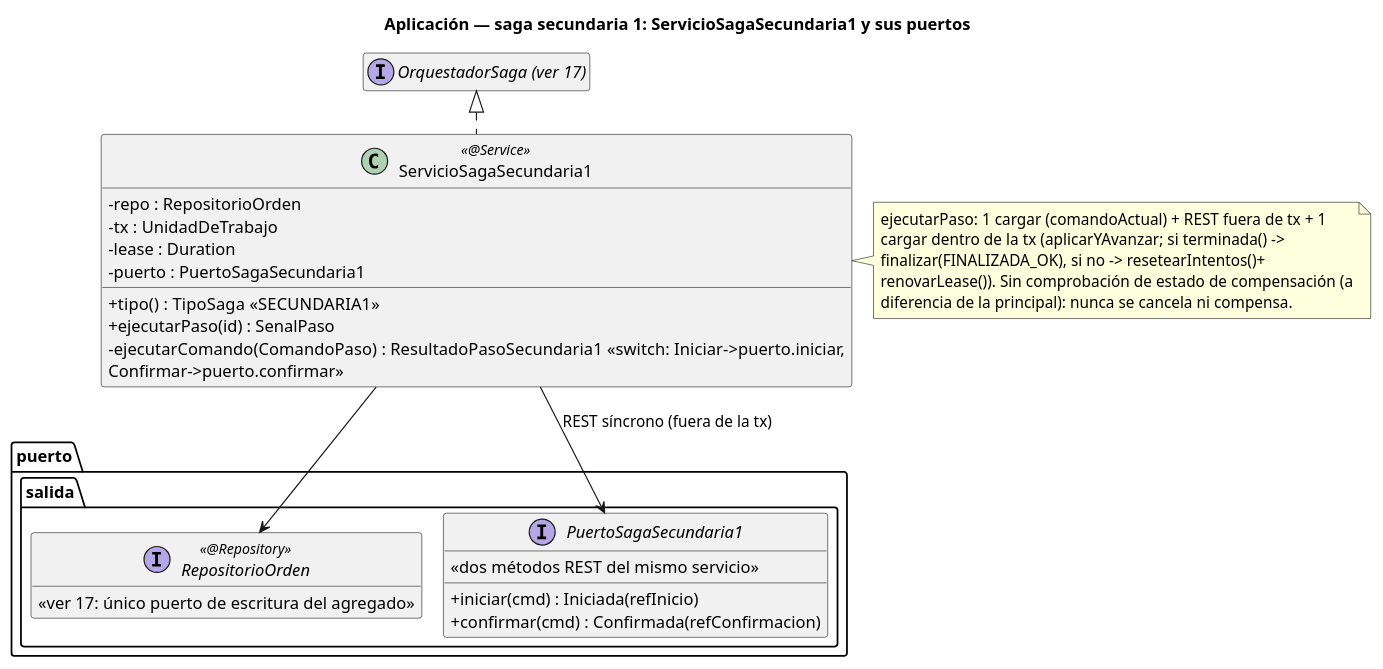
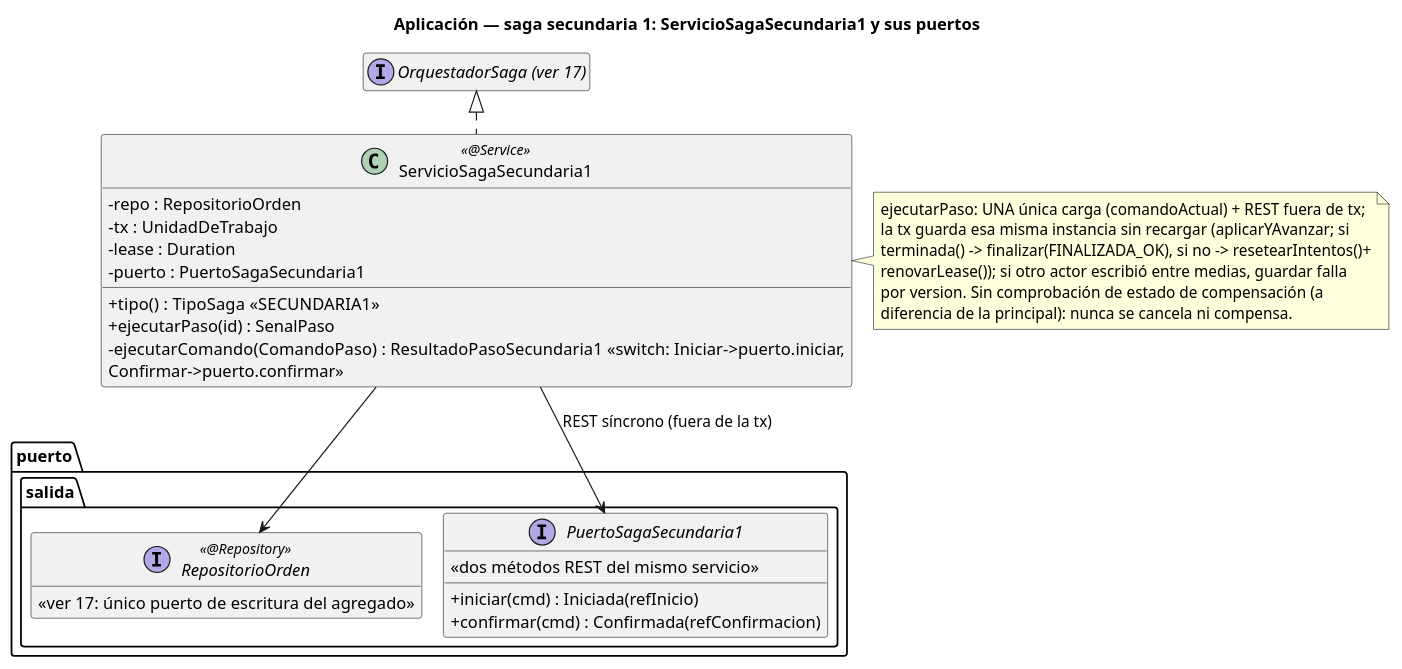
The diagram in order-manager/docs/19-clases-aplicacion-saga-secundaria1.puml (ralcazar/patrones), drawn with PlantUML before and after one commit. The commit also changed 27 other files, not shown here.

First line of the commit message:
Takeover seguro real: una única carga por paso, sin recarga dentro de la tx

```diff
--- a/order-manager/docs/19-clases-aplicacion-saga-secundaria1.puml
+++ b/order-manager/docs/19-clases-aplicacion-saga-secundaria1.puml
@@ -1,40 +1,41 @@
 @startuml 19-clases-aplicacion-saga-secundaria1
 title Aplicación — saga secundaria 1: ServicioSagaSecundaria1 y sus puertos
 !pragma layout smetana
 hide empty members
 skinparam classAttributeIconSize 0
 
 interface "OrquestadorSaga (ver 17)" as Base
 
 class ServicioSagaSecundaria1 <<@Service>> {
   -repo : RepositorioOrden
   -tx : UnidadDeTrabajo
   -lease : Duration
   -puerto : PuertoSagaSecundaria1
   +tipo() : TipoSaga  «SECUNDARIA1»
   +ejecutarPaso(id) : SenalPaso
   -ejecutarComando(ComandoPaso) : ResultadoPasoSecundaria1  «switch: Iniciar->puerto.iniciar,\nConfirmar->puerto.confirmar»
 }
 note right of ServicioSagaSecundaria1
-  ejecutarPaso: 1 cargar (comandoActual) + REST fuera de tx + 1
-  cargar dentro de la tx (aplicarYAvanzar; si terminada() ->
-  finalizar(FINALIZADA_OK), si no -> resetearIntentos()+
-  renovarLease()). Sin comprobación de estado de compensación (a
+  ejecutarPaso: UNA única carga (comandoActual) + REST fuera de tx;
+  la tx guarda esa misma instancia sin recargar (aplicarYAvanzar; si
+  terminada() -> finalizar(FINALIZADA_OK), si no -> resetearIntentos()+
+  renovarLease()); si otro actor escribió entre medias, guardar falla
+  por version. Sin comprobación de estado de compensación (a
   diferencia de la principal): nunca se cancela ni compensa.
 end note
 
 package "puerto.salida" {
   interface RepositorioOrden <<@Repository>> {
     «ver 17: único puerto de escritura del agregado»
   }
   interface PuertoSagaSecundaria1 {
     +iniciar(cmd) : Iniciada(refInicio)
     +confirmar(cmd) : Confirmada(refConfirmacion)
     «dos métodos REST del mismo servicio»
   }
 }
 
 Base <|.. ServicioSagaSecundaria1
 ServicioSagaSecundaria1 --> RepositorioOrden
 ServicioSagaSecundaria1 --> PuertoSagaSecundaria1 : REST síncrono (fuera de la tx)
 @enduml
```
